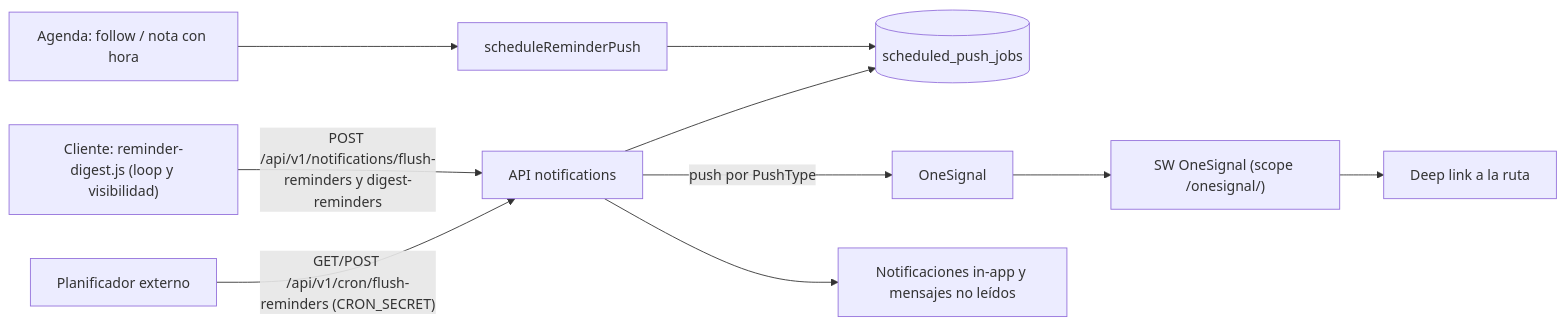
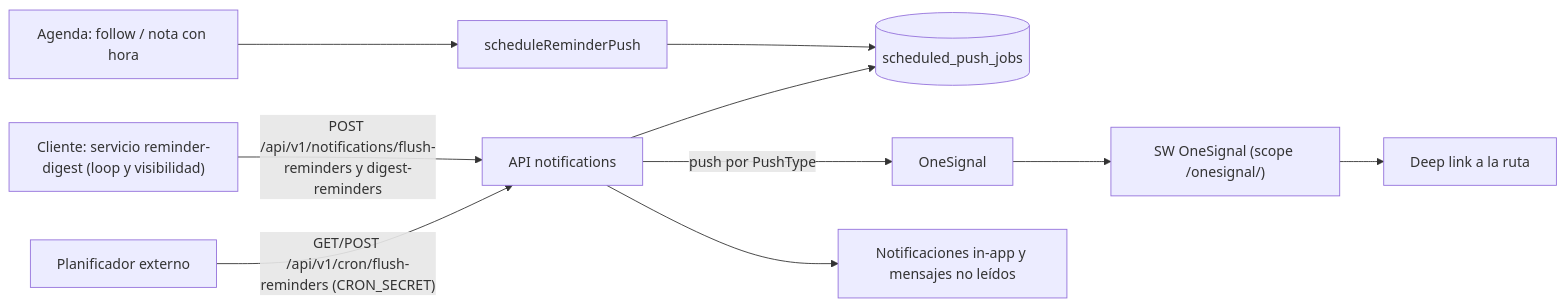
One commit to EduardoGM1/SalesSaas changed the eighth of 13 diagrams in docs/PROYECTO.md. Above: the diagram before and after it, drawn with Mermaid. The commit also changed other lines of this file and 5 other files, not shown here.

````diff
--- a/docs/PROYECTO.md
+++ b/docs/PROYECTO.md
@@ -457,10 +457,10 @@
 ```mermaid
 flowchart LR
   AG["Agenda: follow / nota con hora"] --> SCH["scheduleReminderPush"]
   SCH --> Q[("scheduled_push_jobs")]
-  CLI["Cliente: reminder-digest.js (loop y visibilidad)"] -->|"POST /api/v1/notifications/flush-reminders y digest-reminders"| API["API notifications"]
+  CLI["Cliente: servicio reminder-digest (loop y visibilidad)"] -->|"POST /api/v1/notifications/flush-reminders y digest-reminders"| API["API notifications"]
   CRON["Planificador externo"] -->|"GET/POST /api/v1/cron/flush-reminders (CRON_SECRET)"| API
   API --> Q
   API -->|"push por PushType"| OS["OneSignal"] --> SW["SW OneSignal (scope /onesignal/)"] --> DL["Deep link a la ruta"]
   API --> INAPP["Notificaciones in-app y mensajes no leídos"]
 ```
````
